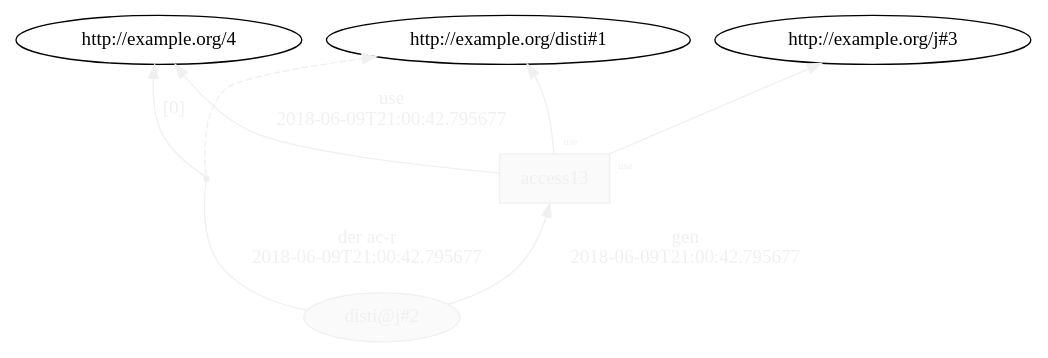
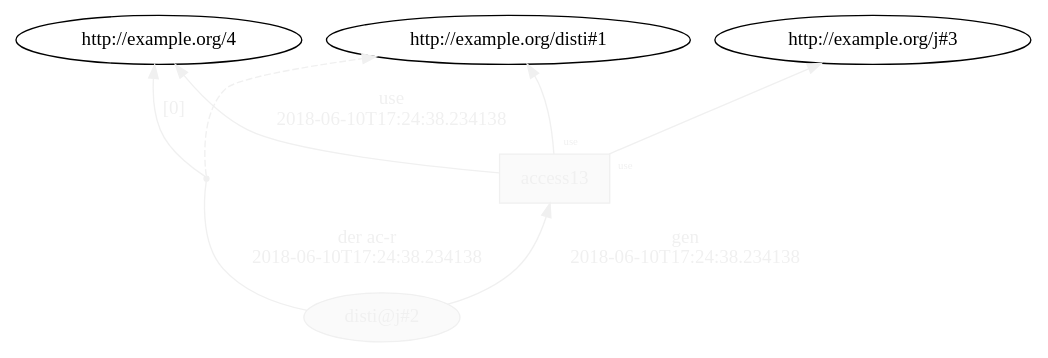
The diagram in generated/intertwined_prov/temp/L16__access_2.dot (dew-uff/versioned-prov), drawn with Graphviz before and after one commit. The commit also changed 947 other files, not shown here.

```diff
--- a/generated/intertwined_prov/temp/L16__access_2.dot
+++ b/generated/intertwined_prov/temp/L16__access_2.dot
@@ -1,15 +1,15 @@
 digraph "PROV" { size="16,12"; rankdir="BT";
 "http://example.org/disti@j#2" [fillcolor="#FAFAFA",color="#F0F0F0",style="filled",fontcolor="#F0F0F0",label="disti@j#2",URL="http://example.org/disti@j#2"]
 "http://example.org/access13" [fillcolor="#FAFAFA",color="#F0F0F0",shape="polygon",sides="4",style="filled",fontcolor="#F0F0F0",label="access13",URL="http://example.org/access13"]
 "bn0" [shape="point",label="",fontcolor="#F0F0F0",color="#F0F0F0"]
 "http://example.org/disti@j#2" -> "bn0" [fontsize="14",distance="1.5",angle="60.0",rotation="20",label="der ac-r
-2018-06-09T21:00:42.795677",arrowhead="none",fontcolor="#F0F0F0",color="#F0F0F0"]
+2018-06-10T17:24:38.234138",arrowhead="none",fontcolor="#F0F0F0",color="#F0F0F0"]
 "bn0" -> "http://example.org/disti#1" [style="dashed",fontcolor="#F0F0F0",color="#F0F0F0"]
 "bn0" -> "http://example.org/4" [fontsize="14",distance="1.5",angle="60.0",rotation="20",label="[0]",fontcolor="#F0F0F0",color="#F0F0F0"]
 "http://example.org/access13" -> "http://example.org/disti#1" [labelfontsize="8",labeldistance="1.5",labelangle="60.0",rotation="20",taillabel="use",fontcolor="#F0F0F0",color="#F0F0F0"]
 "http://example.org/access13" -> "http://example.org/j#3" [labelfontsize="8",labeldistance="1.5",labelangle="60.0",rotation="20",taillabel="use",fontcolor="#F0F0F0",color="#F0F0F0"]
 "http://example.org/access13" -> "http://example.org/4" [fontsize="14",distance="1.5",angle="60.0",rotation="20",label="use
-2018-06-09T21:00:42.795677",fontcolor="#F0F0F0",color="#F0F0F0"]
+2018-06-10T17:24:38.234138",fontcolor="#F0F0F0",color="#F0F0F0"]
 "http://example.org/disti@j#2" -> "http://example.org/access13" [fontsize="14",distance="1.5",angle="60.0",rotation="20",label="gen
-2018-06-09T21:00:42.795677",fontcolor="#F0F0F0",color="#F0F0F0"]
+2018-06-10T17:24:38.234138",fontcolor="#F0F0F0",color="#F0F0F0"]
 }
```
